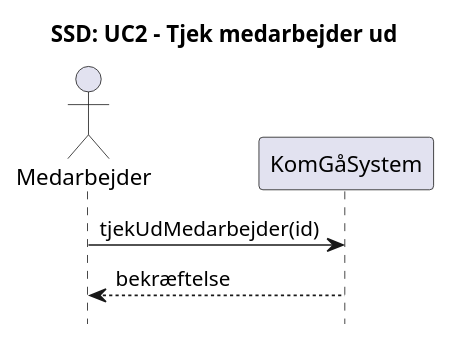
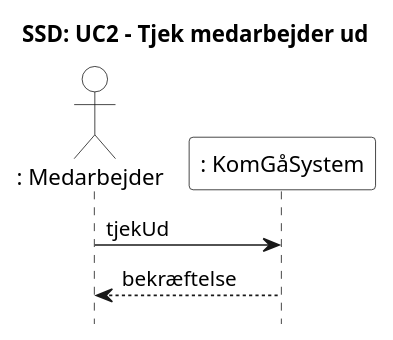
Before and after one commit to albla20/HydacTeamA4: the diagram in Artifacts/SSD/ssd-uc2-tjek-medarbejder-ud.puml, drawn with PlantUML. The commit also changed 8 other files, not shown here.

```diff
--- a/Artifacts/SSD/ssd-uc2-tjek-medarbejder-ud.puml
+++ b/Artifacts/SSD/ssd-uc2-tjek-medarbejder-ud.puml
@@ -1,13 +1,13 @@
 @startuml UC2
 title SSD: UC2 - Tjek medarbejder ud
 hide footbox
 skinparam sequenceMessageAlign left
 skinparam responseMessageBelowArrow true
 
-actor "Medarbejder" as med
-participant "KomGåSystem" as sys
+actor ": Medarbejder" as med #White
+participant ": KomGåSystem" as sys #White
 
-med -> sys : tjekUdMedarbejder(id)
+med -> sys : tjekUd
 sys --> med : bekræftelse
 
 @enduml
```
